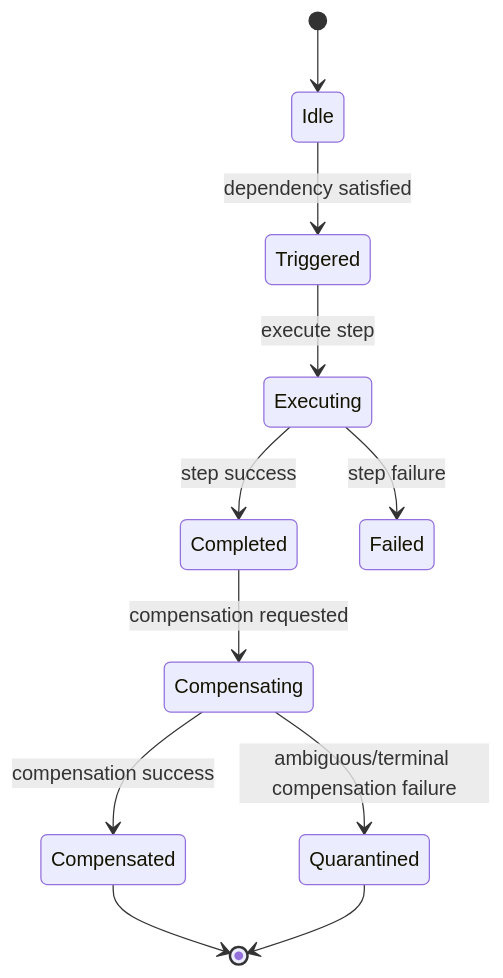
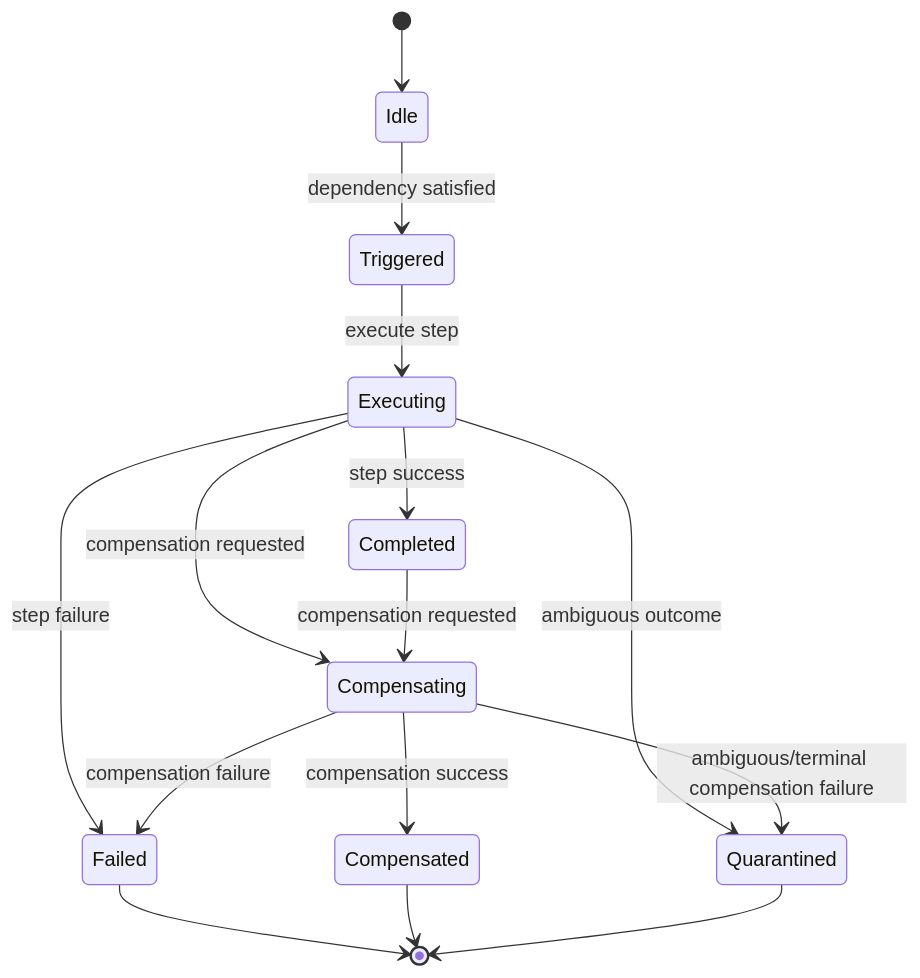
Before and after one commit to I-Can-Act/icanact-saga-choreography: the second of 3 diagrams in docs/architecture.md, drawn with Mermaid. The commit also changed other lines of this file and 13 other files, not shown here.

````diff
--- a/docs/architecture.md
+++ b/docs/architecture.md
@@ -71,13 +71,17 @@
 ```mermaid
 stateDiagram-v2
     [*] --> Idle
     Idle --> Triggered: dependency satisfied
     Triggered --> Executing: execute step
     Executing --> Completed: step success
     Executing --> Failed: step failure
+    Executing --> Compensating: compensation requested
+    Executing --> Quarantined: ambiguous outcome
     Completed --> Compensating: compensation requested
     Compensating --> Compensated: compensation success
+    Compensating --> Failed: compensation failure
     Compensating --> Quarantined: ambiguous/terminal compensation failure
+    Failed --> [*]
     Compensated --> [*]
     Quarantined --> [*]
 ```
````
